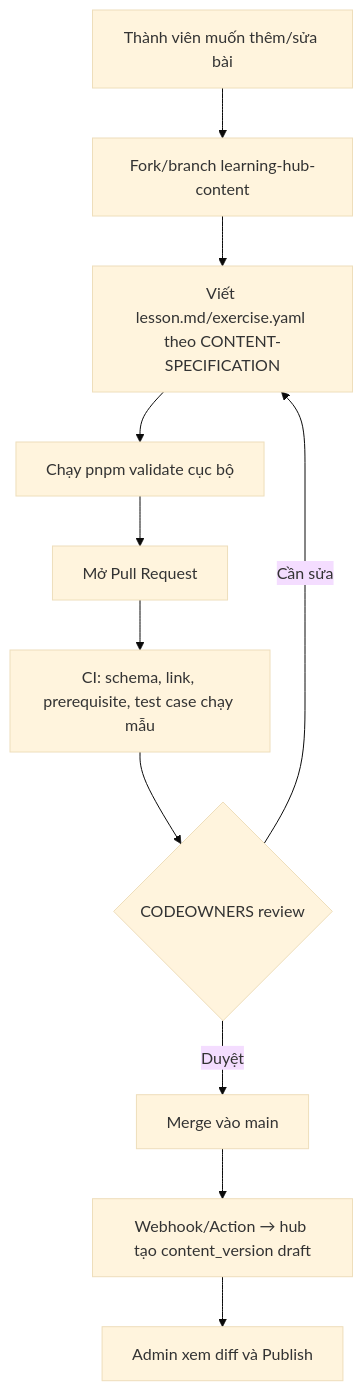
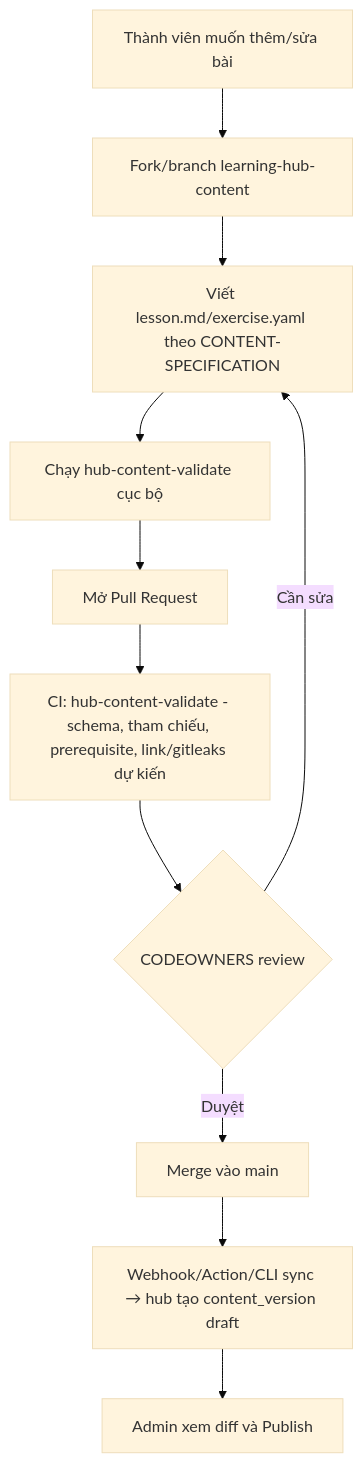
Before and after one commit to hcmute-dsc/learning-hub-docs: the ninth of 10 diagrams in docs/product/USER-FLOWS.md, drawn with Mermaid (base theme). The commit also changed other lines of this file and 8 other files, not shown here.

Commit message:
Docs: align E3 content sync/publish with implementation

````diff
--- a/docs/product/USER-FLOWS.md
+++ b/docs/product/USER-FLOWS.md
@@ -158,13 +158,13 @@
 ```mermaid
 flowchart TD
   A[Thành viên muốn thêm/sửa bài] --> B[Fork/branch learning-hub-content]
   B --> C[Viết lesson.md/exercise.yaml theo CONTENT-SPECIFICATION]
-  C --> D[Chạy pnpm validate cục bộ]
+  C --> D[Chạy hub-content-validate cục bộ]
   D --> E[Mở Pull Request]
-  E --> F[CI: schema, link, prerequisite, test case chạy mẫu]
+  E --> F[CI: hub-content-validate - schema, tham chiếu, prerequisite, link/gitleaks dự kiến]
   F --> G{CODEOWNERS review}
   G -- Cần sửa --> C
   G -- Duyệt --> H[Merge vào main]
-  H --> I[Webhook/Action → hub tạo content_version draft]
+  H --> I[Webhook/Action/CLI sync → hub tạo content_version draft]
   I --> J[Admin xem diff và Publish]
 ```
````
